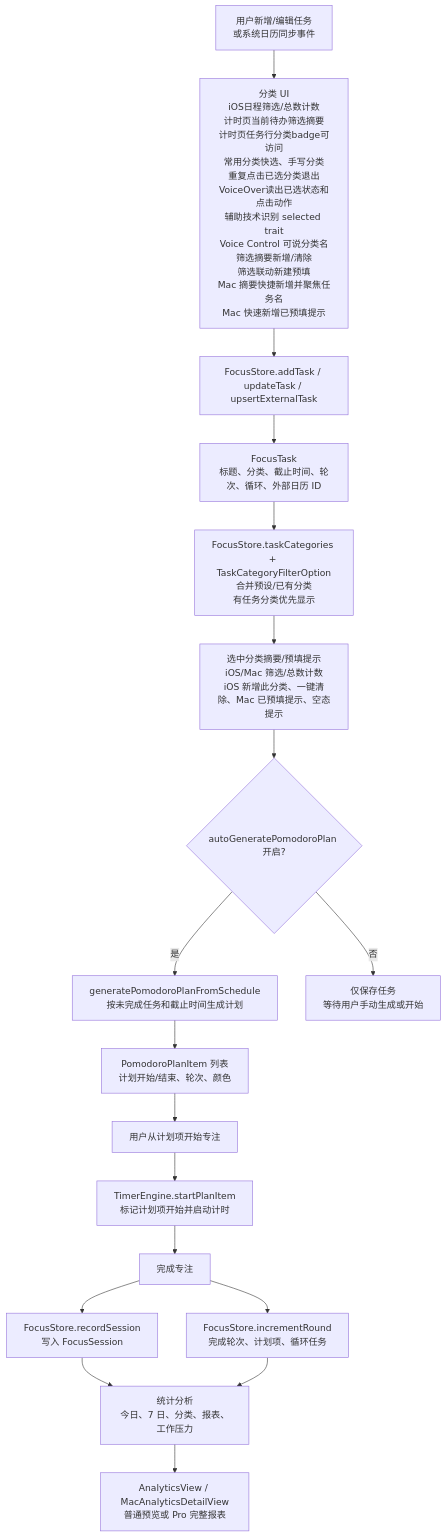
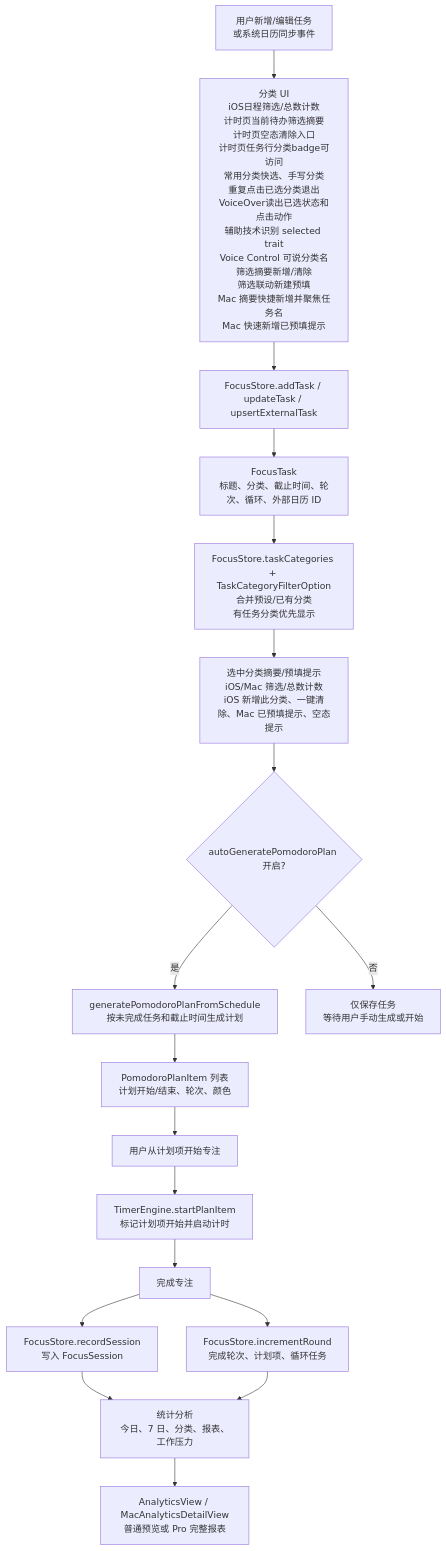
Before and after one commit to Altman-sam114/114: the third of 6 diagrams in md/flow/flowchart.md, drawn with Mermaid. The commit also changed other lines of this file and 7 other files, not shown here.

````diff
--- a/md/flow/flowchart.md
+++ b/md/flow/flowchart.md
@@ -63,20 +63,20 @@
 ```mermaid
 flowchart TD
-  A["用户新增/编辑任务<br/>或系统日历同步事件"] --> P0["分类 UI<br/>iOS日程筛选/总数计数<br/>计时页当前待办筛选摘要<br/>计时页任务行分类badge可访问<br/>常用分类快选、手写分类<br/>重复点击已选分类退出<br/>VoiceOver读出已选状态和点击动作<br/>辅助技术识别 selected trait<br/>Voice Control 可说分类名<br/>筛选摘要新增/清除<br/>筛选联动新建预填<br/>Mac 摘要快捷新增并聚焦任务名<br/>Mac 快速新增已预填提示"]
+  A["用户新增/编辑任务<br/>或系统日历同步事件"] --> P0["分类 UI<br/>iOS日程筛选/总数计数<br/>计时页当前待办筛选摘要<br/>计时页空态清除入口<br/>计时页任务行分类badge可访问<br/>常用分类快选、手写分类<br/>重复点击已选分类退出<br/>VoiceOver读出已选状态和点击动作<br/>辅助技术识别 selected trait<br/>Voice Control 可说分类名<br/>筛选摘要新增/清除<br/>筛选联动新建预填<br/>Mac 摘要快捷新增并聚焦任务名<br/>Mac 快速新增已预填提示"]
   P0 --> B["FocusStore.addTask / updateTask / upsertExternalTask"]
   B --> C["FocusTask<br/>标题、分类、截止时间、轮次、循环、外部日历 ID"]
   C --> C2["FocusStore.taskCategories + TaskCategoryFilterOption<br/>合并预设/已有分类<br/>有任务分类优先显示"]
   C2 --> C3["选中分类摘要/预填提示<br/>iOS/Mac 筛选/总数计数<br/>iOS 新增此分类、一键清除、Mac 已预填提示、空态提示"]
   C3 --> D{"autoGeneratePomodoroPlan 开启?"}
   D -->|是| E["generatePomodoroPlanFromSchedule<br/>按未完成任务和截止时间生成计划"]
   D -->|否| F["仅保存任务<br/>等待用户手动生成或开始"]
   E --> G["PomodoroPlanItem 列表<br/>计划开始/结束、轮次、颜色"]
   G --> H["用户从计划项开始专注"]
   H --> I["TimerEngine.startPlanItem<br/>标记计划项开始并启动计时"]
   I --> J["完成专注"]
   J --> K["FocusStore.incrementRound<br/>完成轮次、计划项、循环任务"]
   J --> L["FocusStore.recordSession<br/>写入 FocusSession"]
   L --> M["统计分析<br/>今日、7 日、分类、报表、工作压力"]
   K --> M
   M --> N["AnalyticsView / MacAnalyticsDetailView<br/>普通预览或 Pro 完整报表"]
 ```
````
